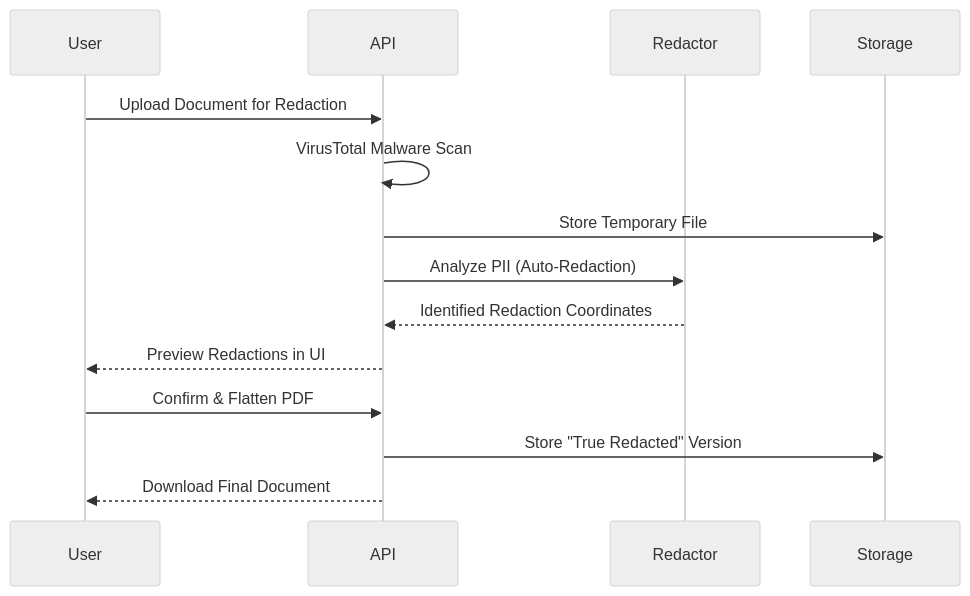
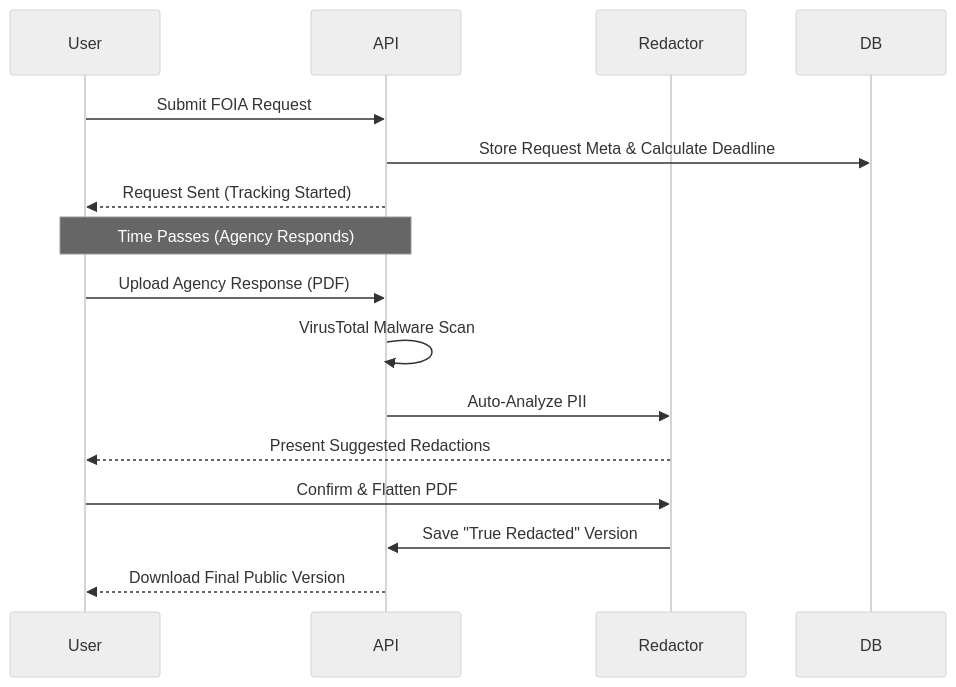
The second of 2 diagrams in README.md (WomB0ComB0/foia-stream), drawn with Mermaid (neutral theme) before and after one commit. The commit also changed other lines of this file, not shown here.

````diff
--- a/README.md
+++ b/README.md
@@ -116,17 +121,19 @@
 ```mermaid
 sequenceDiagram
     participant User
     participant API
     participant Redactor
-    participant Storage
+    participant DB
 
-    User->>API: Upload Document for Redaction
+    User->>API: Submit FOIA Request
+    API->>DB: Store Request Meta & Calculate Deadline
+    API-->>User: Request Sent (Tracking Started)
+    Note over User, API: Time Passes (Agency Responds)
+    User->>API: Upload Agency Response (PDF)
     API->>API: VirusTotal Malware Scan
-    API->>Storage: Store Temporary File
-    API->>Redactor: Analyze PII (Auto-Redaction)
-    Redactor-->>API: Identified Redaction Coordinates
-    API-->>User: Preview Redactions in UI
-    User->>API: Confirm & Flatten PDF
-    API->>Storage: Store "True Redacted" Version
-    API-->>User: Download Final Document
+    API->>Redactor: Auto-Analyze PII
+    Redactor-->>User: Present Suggested Redactions
+    User->>Redactor: Confirm & Flatten PDF
+    Redactor->>API: Save "True Redacted" Version
+    API-->>User: Download Final Public Version
 ```
````
